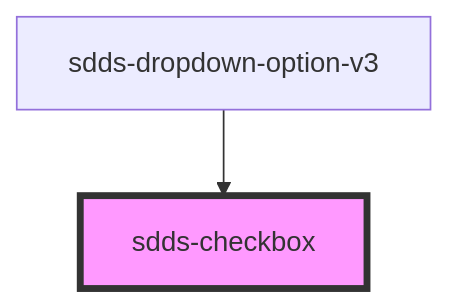
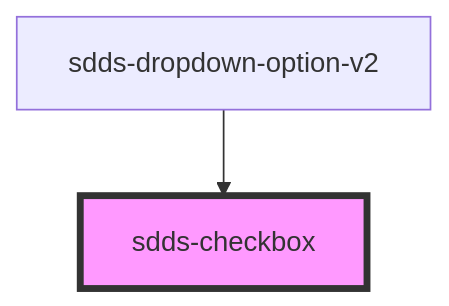
The diagram in tegel/src/components/checkbox/readme.md (scania-digital-design-system/sdds), drawn with Mermaid before and after one commit. The commit also changed other lines of this file and 11 other files, not shown here.

````diff
--- a/tegel/src/components/checkbox/readme.md
+++ b/tegel/src/components/checkbox/readme.md
@@ -49,5 +49,5 @@
 ```mermaid
 graph TD;
-  sdds-dropdown-option-v3 --> sdds-checkbox
+  sdds-dropdown-option-v2 --> sdds-checkbox
   style sdds-checkbox fill:#f9f,stroke:#333,stroke-width:4px
 ```
````
